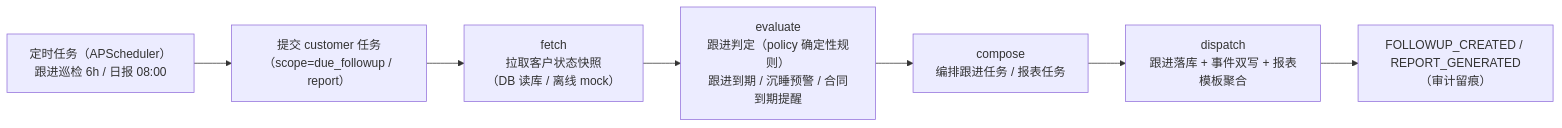
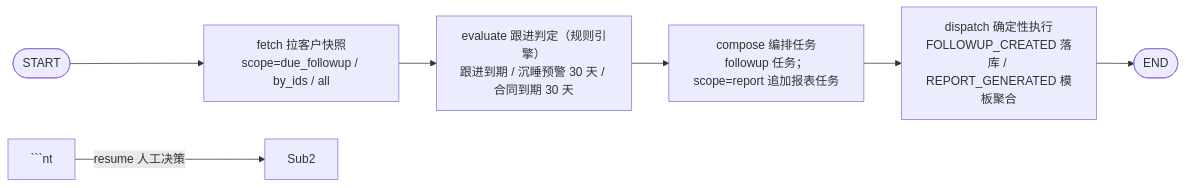
One commit to chain-engine/x-BeiChen changed the fourth of 4 diagrams in server/README.md. Above: the diagram before and after it, drawn with Mermaid. The commit also changed other lines of this file and 1 other file, not shown here.

````diff
--- a/server/README.md
+++ b/server/README.md
@@ -300,9 +322,9 @@
 ```mermaid
 flowchart LR
-    Job["定时任务（APScheduler）<br/>跟进巡检 6h / 日报 08:00"] --> Task["提交 customer 任务<br/>（scope=due_followup / report）"]
-    Task --> Fetch["fetch<br/>拉取客户状态快照<br/>（DB 读库 / 离线 mock）"]
-    Fetch --> Eval["evaluate<br/>跟进判定（policy 确定性规则）<br/>跟进到期 / 沉睡预警 / 合同到期提醒"]
-    Eval --> Comp["compose<br/>编排跟进任务 / 报表任务"]
-    Comp --> Disp["dispatch<br/>跟进落库 + 事件双写 + 报表模板聚合"]
-    Disp --> Ev["FOLLOWUP_CREATED / REPORT_GENERATED<br/>（审计留痕）"]
+    START([START]) --> FETCH["fetch 拉客户快照<br/>scope=due_followup / by_ids / all"]
+    FETCH --> EVAL["evaluate 跟进判定（规则引擎）<br/>跟进到期 / 沉睡预警 30 天 / 合同到期 30 天"]
+    EVAL --> COMPOSE["compose 编排任务<br/>followup 任务；scope=report 追加报表任务"]
+    COMPOSE --> DISPATCH["dispatch 确定性执行<br/>FOLLOWUP_CREATED 落库 / REPORT_GENERATED 模板聚合"]
+    DISPATCH --> END([END])
+```nt -->|resume 人工决策| Sub2
 ```
````
